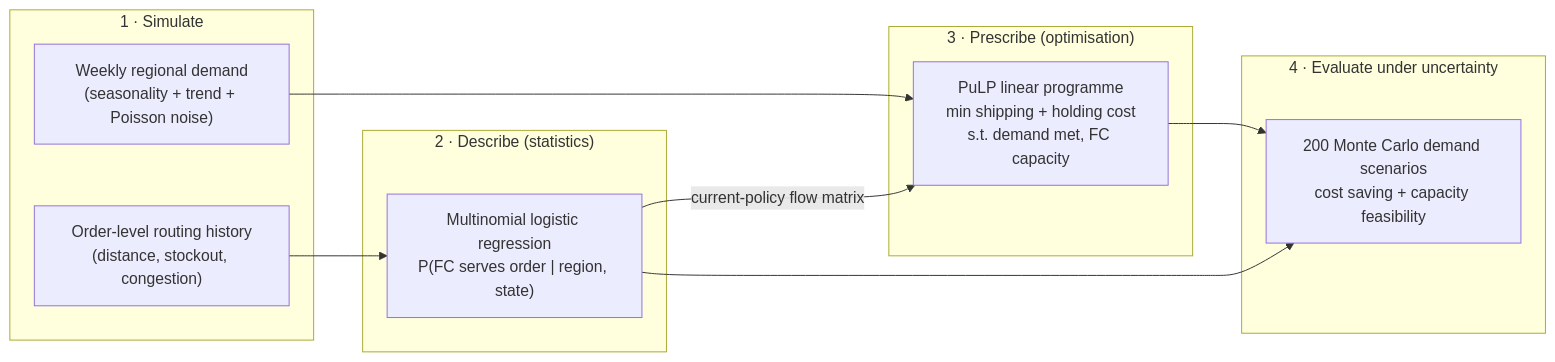
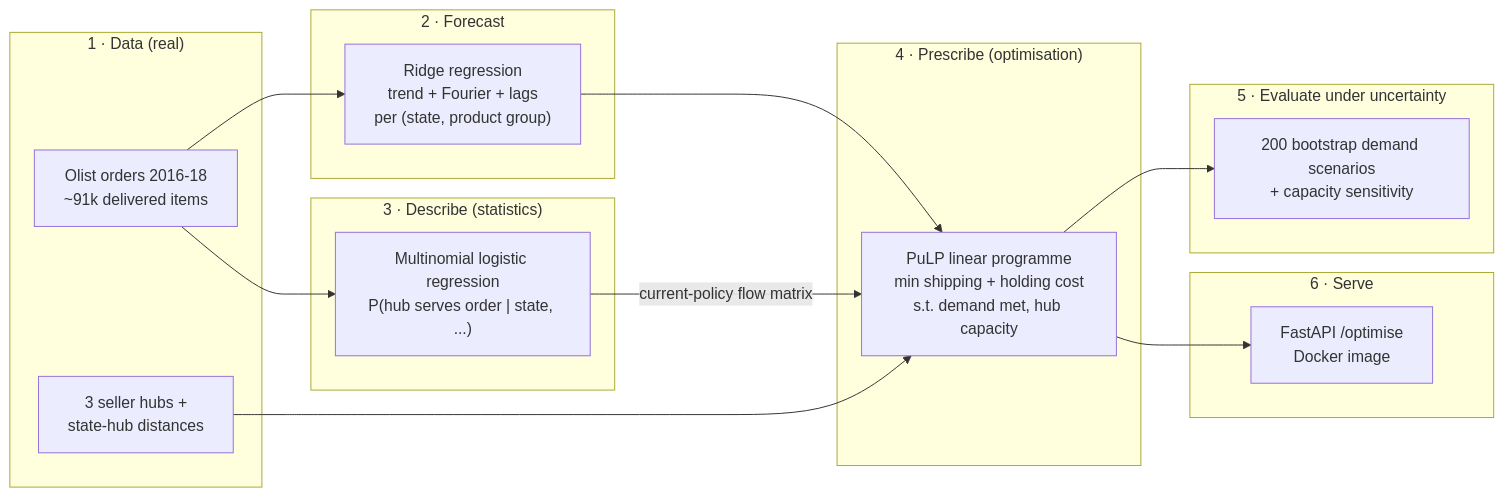
One commit to yumi-h-1/Inventory-Placement-Optimiser changed the diagram in README.md. Above: the diagram before and after it, drawn with Mermaid. The commit also changed other lines of this file, not shown here.

````diff
--- a/README.md
+++ b/README.md
@@ -22,25 +25,34 @@
 ```mermaid
 flowchart LR
-    subgraph sim["1 · Simulate"]
-        A1["Weekly regional demand\n(seasonality + trend + Poisson noise)"]
-        A2["Order-level routing history\n(distance, stockout, congestion)"]
+    subgraph data["1 · Data (real)"]
+        A1["Olist orders 2016-18\n~91k delivered items"]
+        A2["3 seller hubs +\nstate-hub distances"]
     end
 
-    subgraph learn["2 · Describe (statistics)"]
-        B1["Multinomial logistic regression\nP(FC serves order | region, state)"]
+    subgraph fc["2 · Forecast"]
+        B1["Ridge regression\ntrend + Fourier + lags\nper (state, product group)"]
     end
 
-    subgraph opt["3 · Prescribe (optimisation)"]
-        C1["PuLP linear programme\nmin shipping + holding cost\ns.t. demand met, FC capacity"]
+    subgraph learn["3 · Describe (statistics)"]
+        B2["Multinomial logistic regression\nP(hub serves order | state, ...)"]
     end
 
-    subgraph eval["4 · Evaluate under uncertainty"]
-        D1["200 Monte Carlo demand scenarios\ncost saving + capacity feasibility"]
+    subgraph opt["4 · Prescribe (optimisation)"]
+        C1["PuLP linear programme\nmin shipping + holding cost\ns.t. demand met, hub capacity"]
     end
 
-    A1 --> C1
-    A2 --> B1
-    B1 -->|"current-policy flow matrix"| C1
+    subgraph eval["5 · Evaluate under uncertainty"]
+        D1["200 bootstrap demand scenarios\n+ capacity sensitivity"]
+    end
+
+    subgraph serve["6 · Serve"]
+        E1["FastAPI /optimise\nDocker image"]
+    end
+
+    A1 --> B1 --> C1
+    A1 --> B2
+    A2 --> C1
+    B2 -->|"current-policy flow matrix"| C1
     C1 --> D1
-    B1 --> D1
+    C1 --> E1
 ```
````
